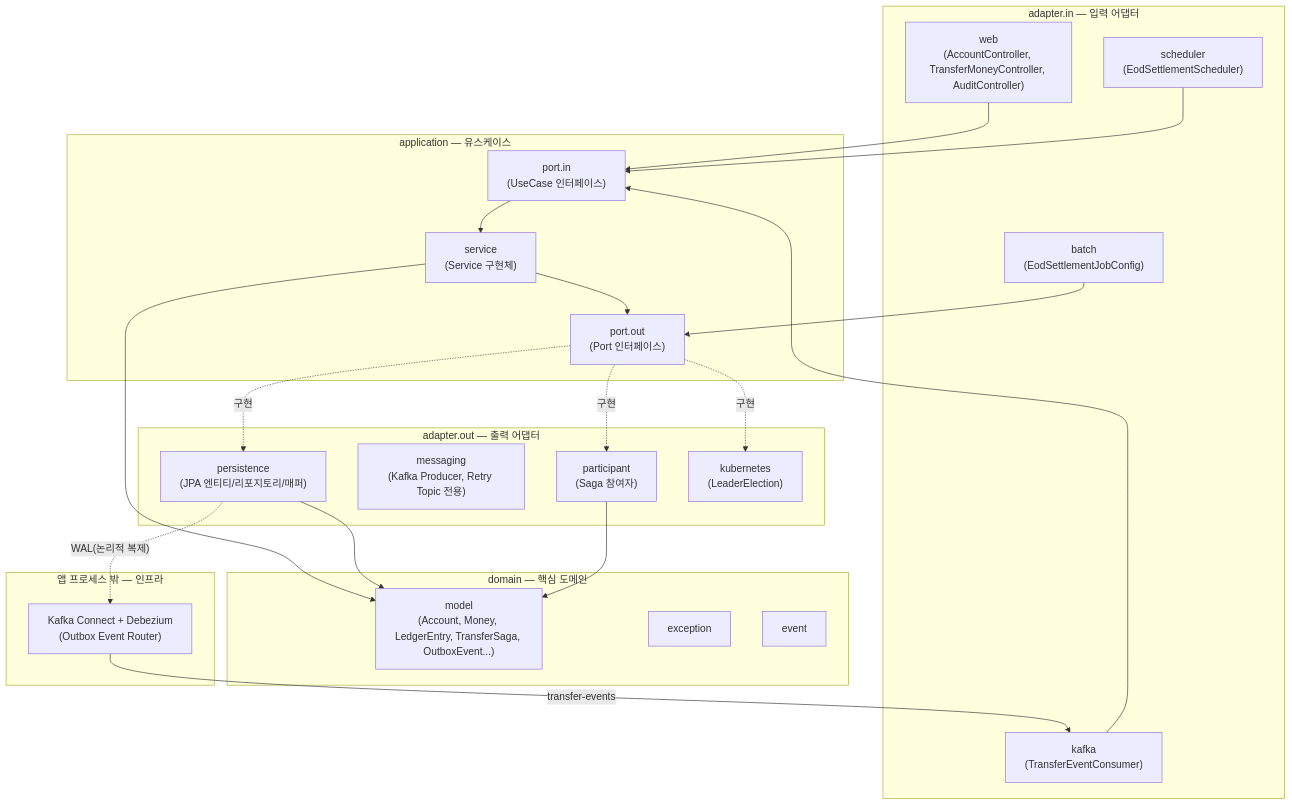
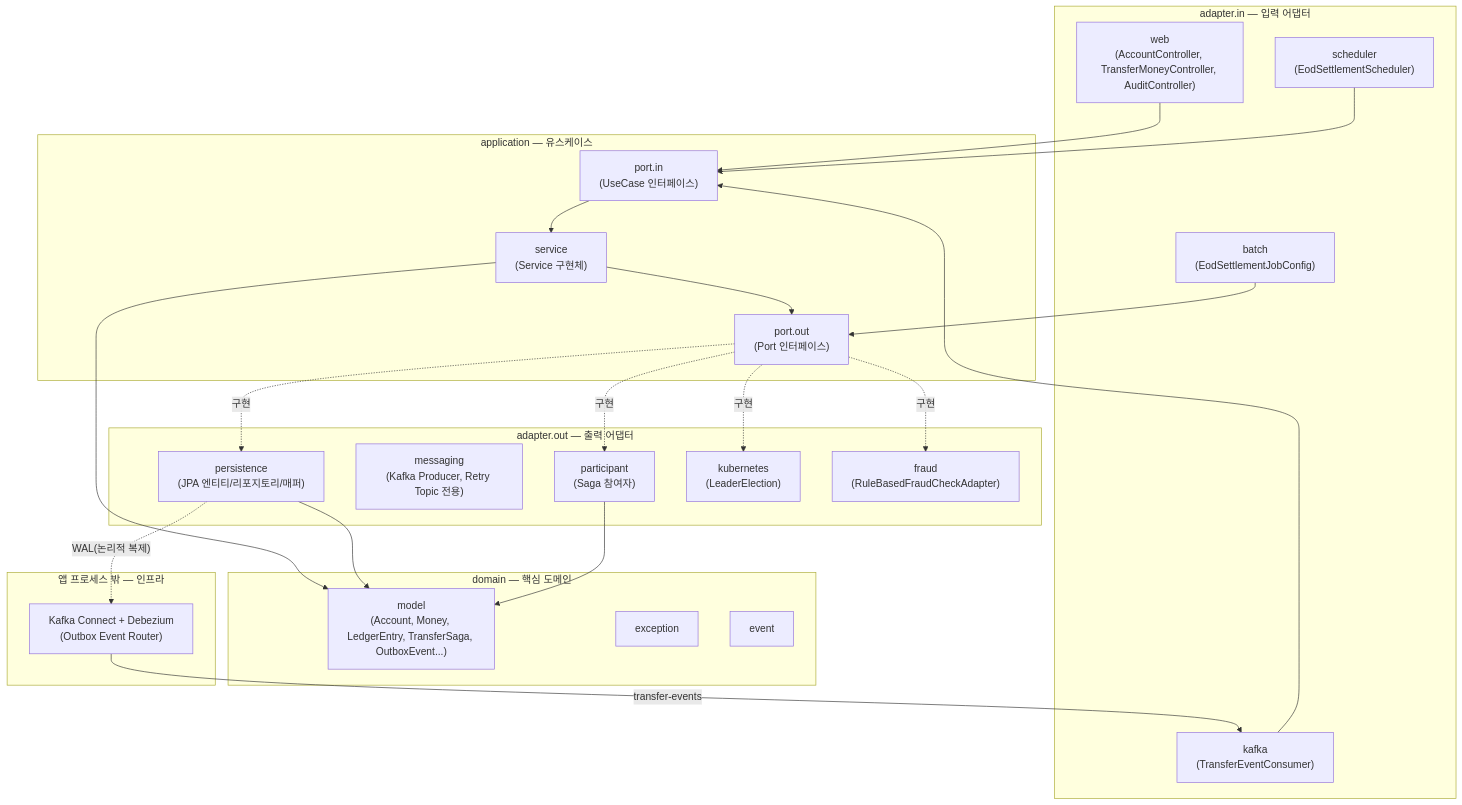
One commit to farmer0010/fbrl-backend changed the diagram in README.md. Above: the diagram before and after it, drawn with Mermaid. The commit also changed other lines of this file and 2 other files, not shown here.

Commit message:
docs: 룰 기반 이상거래 탐지(과제 19) 내용을 PROGRESS/ARCHITECTURE/README에 반영

````diff
--- a/README.md
+++ b/README.md
@@ -25,51 +25,53 @@
 ```mermaid
 graph TB
     subgraph adapter_in["adapter.in — 입력 어댑터"]
         WEB["web<br/>(AccountController, TransferMoneyController, AuditController)"]
         KAFKA_IN["kafka<br/>(TransferEventConsumer)"]
         BATCH["batch<br/>(EodSettlementJobConfig)"]
         SCHED["scheduler<br/>(EodSettlementScheduler)"]
     end
 
     subgraph application["application — 유스케이스"]
         PORT_IN["port.in<br/>(UseCase 인터페이스)"]
         SERVICE["service<br/>(Service 구현체)"]
         PORT_OUT["port.out<br/>(Port 인터페이스)"]
     end
 
     subgraph domain["domain — 핵심 도메인"]
         MODEL["model<br/>(Account, Money, LedgerEntry, TransferSaga, OutboxEvent...)"]
         EXC["exception"]
         EVENT["event"]
     end
 
     subgraph adapter_out["adapter.out — 출력 어댑터"]
         PERSIST["persistence<br/>(JPA 엔티티/리포지토리/매퍼)"]
         MSG["messaging<br/>(Kafka Producer, Retry Topic 전용)"]
         PARTICIPANT["participant<br/>(Saga 참여자)"]
         K8S["kubernetes<br/>(LeaderElection)"]
+        FRAUD["fraud<br/>(RuleBasedFraudCheckAdapter)"]
     end
 
     subgraph external_infra["앱 프로세스 밖 — 인프라"]
         CDC["Kafka Connect + Debezium<br/>(Outbox Event Router)"]
     end
 
     WEB --> PORT_IN
     KAFKA_IN --> PORT_IN
     BATCH --> PORT_OUT
     SCHED --> PORT_IN
 
     PORT_IN --> SERVICE
     SERVICE --> MODEL
     SERVICE --> PORT_OUT
 
     PORT_OUT -.구현.-> PERSIST
     PORT_OUT -.구현.-> PARTICIPANT
     PORT_OUT -.구현.-> K8S
+    PORT_OUT -.구현.-> FRAUD
 
     PERSIST --> MODEL
     PARTICIPANT --> MODEL
 
     PERSIST -. "WAL(논리적 복제)" .-> CDC
     CDC -- "transfer-events" --> KAFKA_IN
 ```
````
